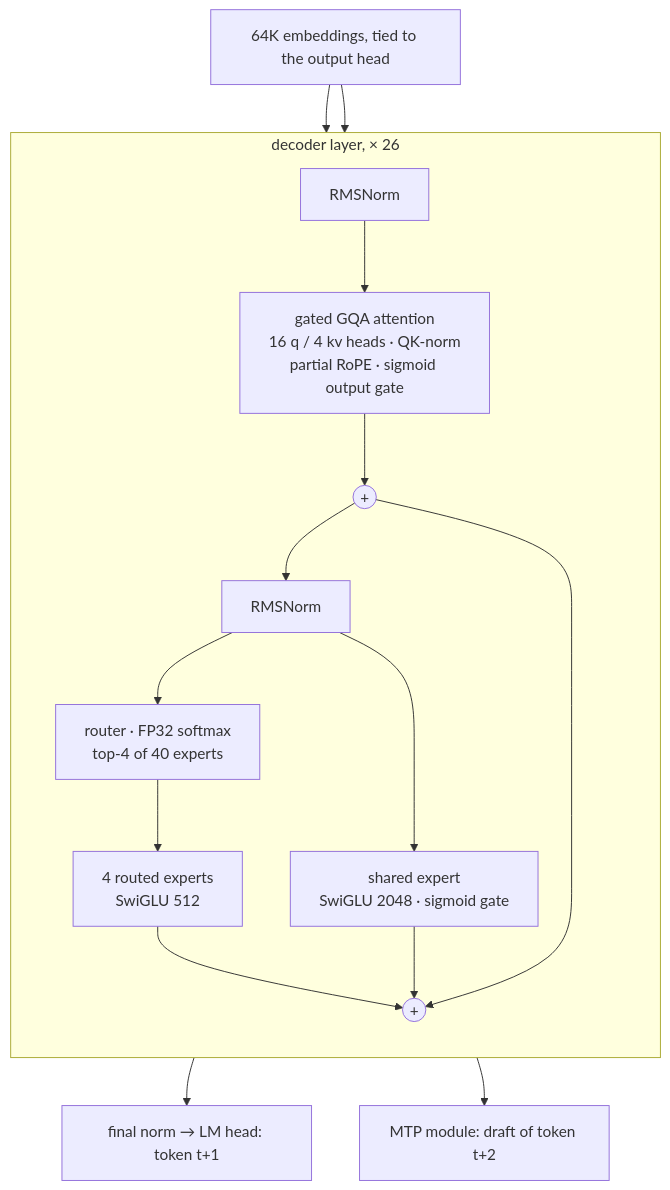
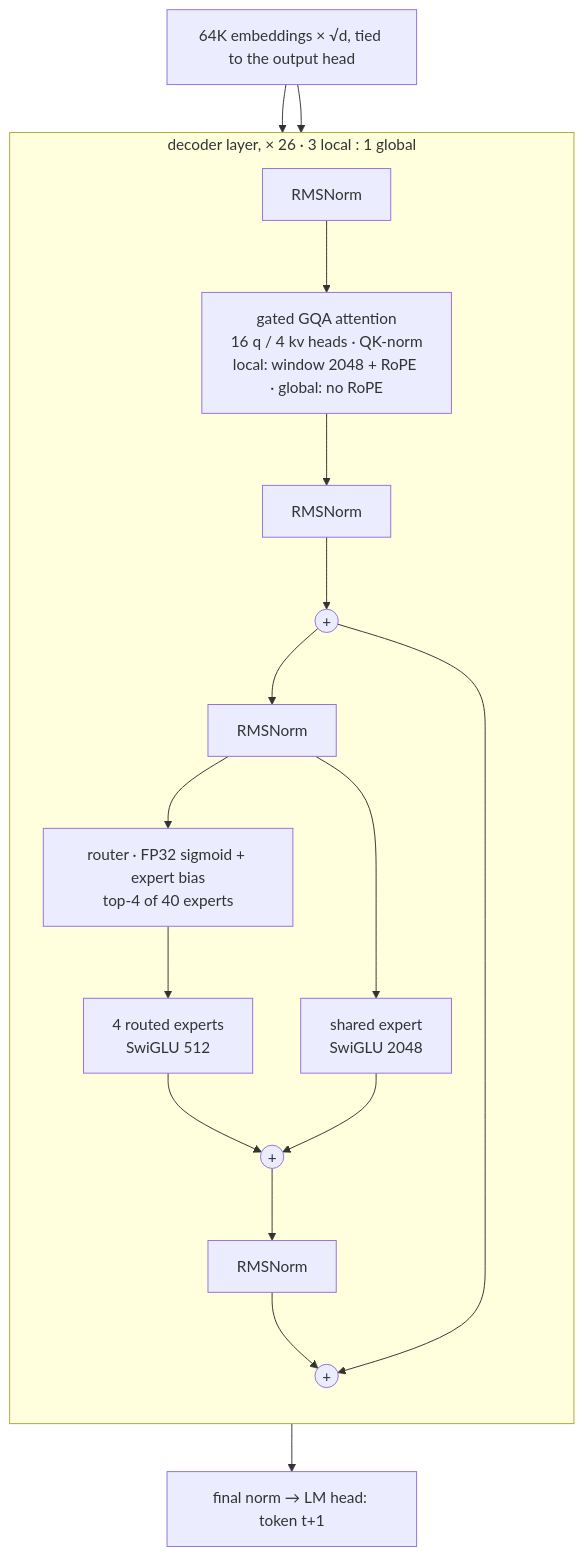
One commit to FelipeGarciaRpo/ludwig-lm changed the first of 2 diagrams in README.md. Above: the diagram before and after it, drawn with Mermaid. The commit also changed other lines of this file and 12 other files, not shown here.

````diff
--- a/README.md
+++ b/README.md
@@ -42,20 +43,22 @@
 ```mermaid
 flowchart TB
-    E["64K embeddings, tied to the output head"]
-    subgraph L["decoder layer, × 26"]
+    E["64K embeddings × √d, tied to the output head"]
+    subgraph L["decoder layer, × 26 · 3 local : 1 global"]
         direction TB
-        N1["RMSNorm"] --> ATT["gated GQA attention<br/>16 q / 4 kv heads · QK-norm<br/>partial RoPE · sigmoid output gate"]
-        ATT --> A1(("+"))
+        N1["RMSNorm"] --> ATT["gated GQA attention<br/>16 q / 4 kv heads · QK-norm<br/>local: window 2048 + RoPE · global: no RoPE"]
+        ATT --> P1["RMSNorm"]
+        P1 --> A1(("+"))
         A1 --> N2["RMSNorm"]
-        N2 --> R["router · FP32 softmax<br/>top-4 of 40 experts"]
+        N2 --> R["router · FP32 sigmoid + expert bias<br/>top-4 of 40 experts"]
         R --> EX["4 routed experts<br/>SwiGLU 512"]
-        N2 --> SH["shared expert<br/>SwiGLU 2048 · sigmoid gate"]
+        N2 --> SH["shared expert<br/>SwiGLU 2048"]
         EX --> A2(("+"))
         SH --> A2
-        A1 --> A2
+        A2 --> P2["RMSNorm"]
+        P2 --> A3(("+"))
+        A1 --> A3
     end
     E --> N1
     E --> A1
-    A2 --> H["final norm → LM head: token t+1"]
-    A2 --> M["MTP module: draft of token t+2"]
+    A3 --> H["final norm → LM head: token t+1"]
 ```
````
